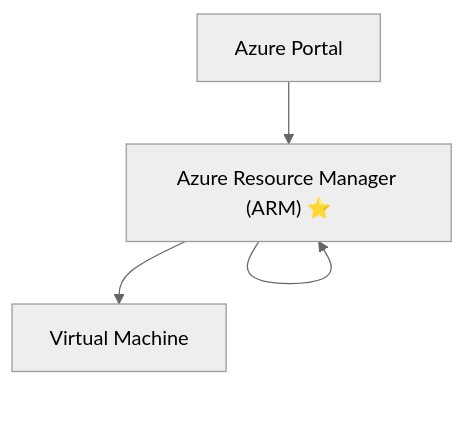
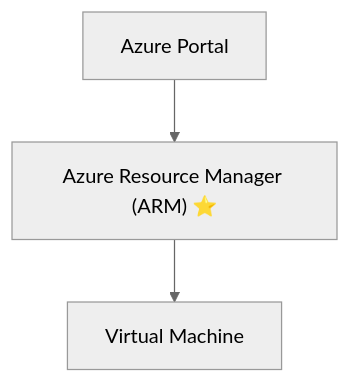
The diagram in docs/02-azure-architecture/10-azure-resource-manager.md (zhyordanova/azure-fundamentals-handbook), drawn with Mermaid (neutral theme) before and after one commit.

Commit message:
chore: fix diagram

````diff
--- a/docs/02-azure-architecture/10-azure-resource-manager.md
+++ b/docs/02-azure-architecture/10-azure-resource-manager.md
@@ -25,8 +25,8 @@
 ```mermaid
 flowchart TD
     Portal["Azure Portal"]
     ARM["Azure Resource Manager (ARM) ⭐"]
     VM["Virtual Machine"]
 
-    Portal --> ARM --> ARM --> VM
+    Portal --> ARM --> VM
 ```
````
